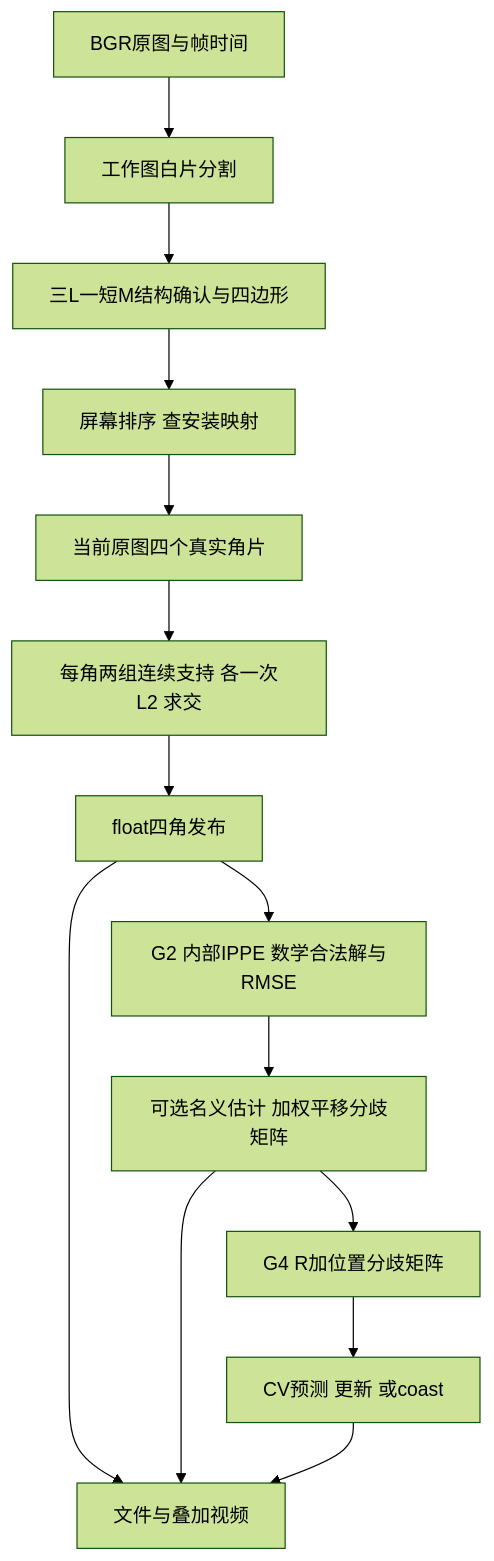
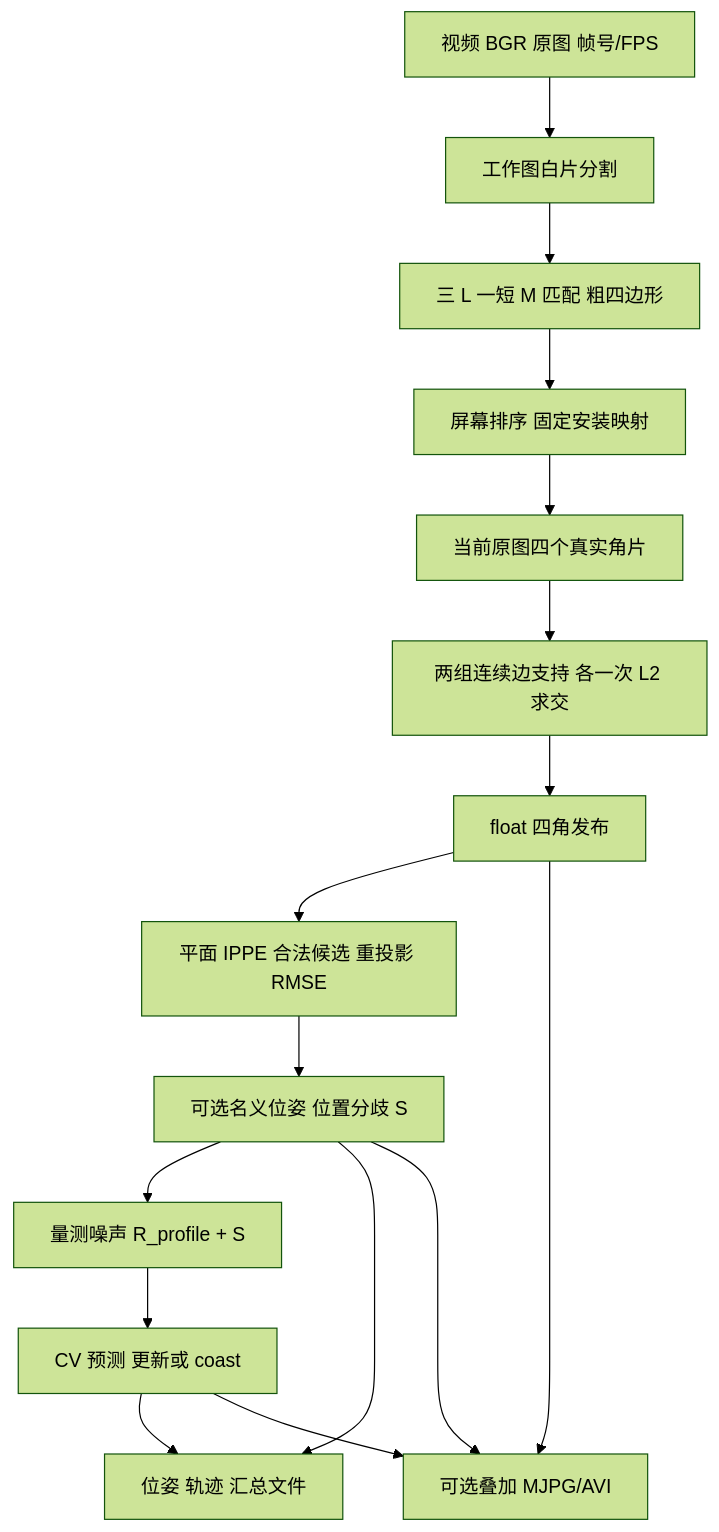
The diagram in src/tushenghao/docs/flow-guide.md (shenghaotu81-droid/campus-marker-opencv-assignment), drawn with Mermaid (forest theme) before and after one commit. The commit also changed other lines of this file and 152 other files, not shown here.

````diff
--- a/src/tushenghao/docs/flow-guide.md
+++ b/src/tushenghao/docs/flow-guide.md
@@ -7,16 +5,18 @@
 ```mermaid
 flowchart TD
-    A[BGR原图与帧时间] --> B[工作图白片分割]
-    B --> C[三L一短M结构确认与四边形]
-    C --> D[屏幕排序 查安装映射]
+    A[视频 BGR 原图 帧号/FPS] --> B[工作图白片分割]
+    B --> C[三 L 一短 M 匹配 粗四边形]
+    C --> D[屏幕排序 固定安装映射]
     D --> E[当前原图四个真实角片]
-    E --> F[每角两组连续支持 各一次L2 求交]
-    F --> G[float四角发布]
-    G --> H[G2 内部IPPE 数学合法解与RMSE]
-    H --> I[可选名义估计 加权平移分歧矩阵]
-    I --> J[G4 R加位置分歧矩阵]
-    J --> K[CV预测 更新 或coast]
-    G --> O[文件与叠加视频]
-    I --> O
+    E --> F[两组连续边支持 各一次 L2 求交]
+    F --> G[float 四角发布]
+    G --> H[平面 IPPE 合法候选 重投影 RMSE]
+    H --> I[可选名义位姿 位置分歧 S]
+    I --> J[量测噪声 R_profile + S]
+    J --> K[CV 预测 更新或 coast]
+    I --> O[位姿 轨迹 汇总文件]
     K --> O
+    G --> V[可选叠加 MJPG/AVI]
+    I --> V
+    K --> V
 ```
````
